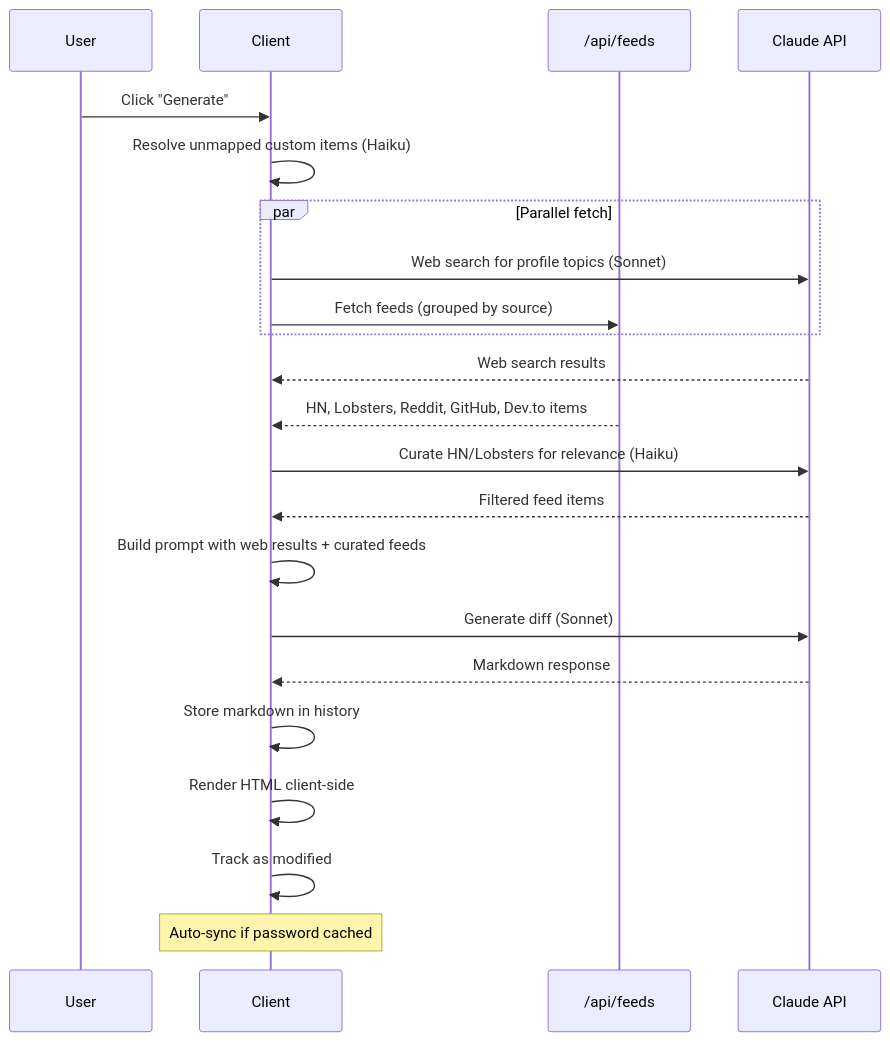
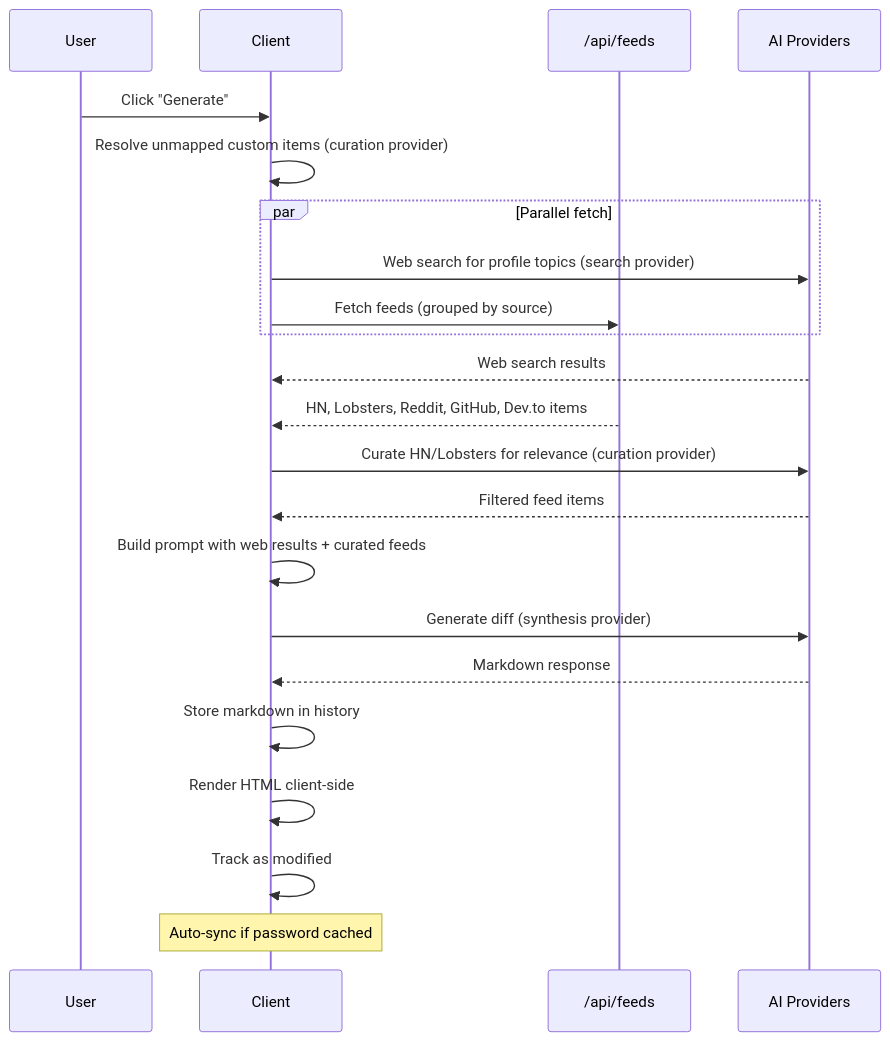
The first of 2 diagrams in docs/architecture/overview.md (SmileyChris/difflog), drawn with Mermaid before and after one commit. The commit also changed other lines of this file and 7 other files, not shown here.

````diff
--- a/docs/architecture/overview.md
+++ b/docs/architecture/overview.md
@@ -162,25 +162,25 @@
 ``` mermaid
 sequenceDiagram
     participant U as User
     participant C as Client
     participant F as /api/feeds
-    participant AI as Claude API
+    participant AI as AI Providers
 
     U->>C: Click "Generate"
-    C->>C: Resolve unmapped custom items (Haiku)
+    C->>C: Resolve unmapped custom items (curation provider)
     par Parallel fetch
-        C->>AI: Web search for profile topics (Sonnet)
+        C->>AI: Web search for profile topics (search provider)
         C->>F: Fetch feeds (grouped by source)
     end
     AI-->>C: Web search results
     F-->>C: HN, Lobsters, Reddit, GitHub, Dev.to items
-    C->>AI: Curate HN/Lobsters for relevance (Haiku)
+    C->>AI: Curate HN/Lobsters for relevance (curation provider)
     AI-->>C: Filtered feed items
     C->>C: Build prompt with web results + curated feeds
-    C->>AI: Generate diff (Sonnet)
+    C->>AI: Generate diff (synthesis provider)
     AI-->>C: Markdown response
     C->>C: Store markdown in history
     C->>C: Render HTML client-side
     C->>C: Track as modified
     Note over C: Auto-sync if password cached
 ```
````
